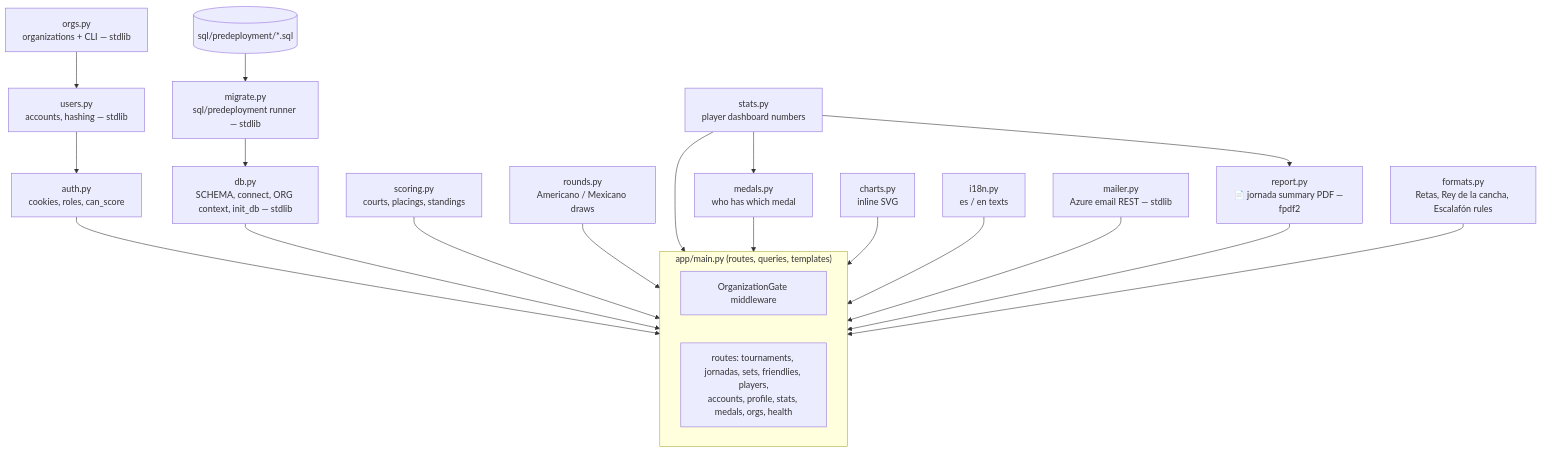
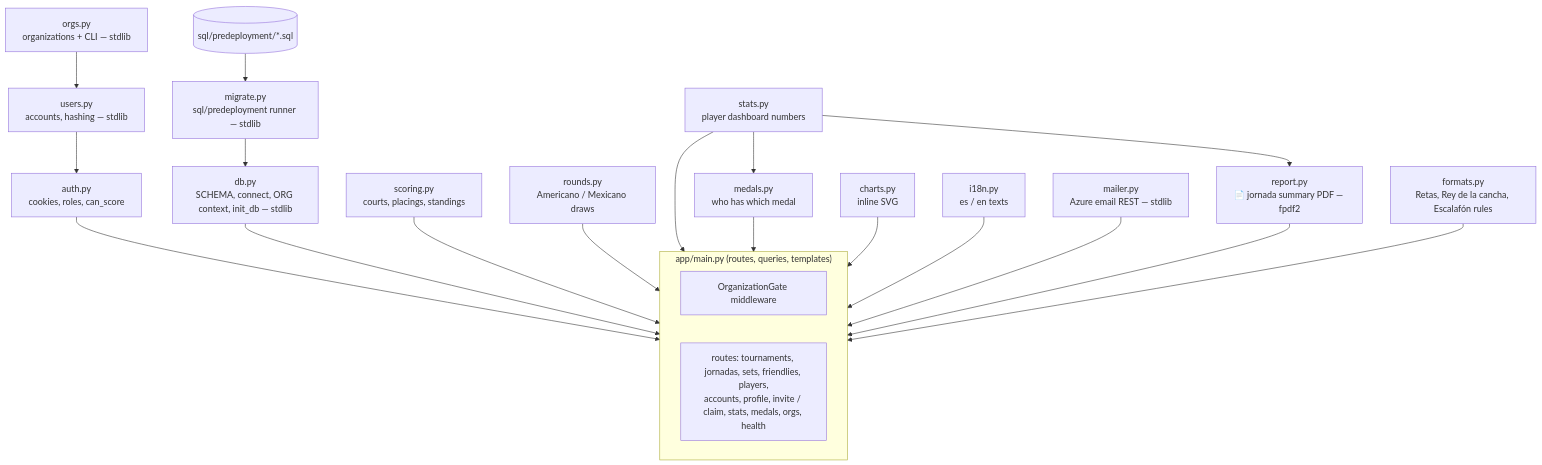
Before and after one commit to Sorrycion/PadelScore: the first of 6 diagrams in docs/processes/ARCHITECTURE.md, drawn with Mermaid. The commit also changed other lines of this file and 26 other files, not shown here.

````diff
--- a/docs/processes/ARCHITECTURE.md
+++ b/docs/processes/ARCHITECTURE.md
@@ -9,24 +9,24 @@
 ```mermaid
 flowchart TD
     subgraph web["app/main.py (routes, queries, templates)"]
         GATE[OrganizationGate middleware]
-        ROUTES[routes: tournaments, jornadas, sets, friendlies, players,<br/>accounts, profile, stats, medals, orgs, health]
+        ROUTES[routes: tournaments, jornadas, sets, friendlies, players,<br/>accounts, profile, invite / claim, stats, medals, orgs, health]
     end
     AUTH[auth.py<br/>cookies, roles, can_score] --> web
     USERS[users.py<br/>accounts, hashing — stdlib] --> AUTH
     ORGS[orgs.py<br/>organizations + CLI — stdlib] --> USERS
     DB[db.py<br/>SCHEMA, connect, ORG context, init_db — stdlib] --> web
     MIG[migrate.py<br/>sql/predeployment runner — stdlib] --> DB
     SCORING[scoring.py<br/>courts, placings, standings] --> web
     ROUNDS[rounds.py<br/>Americano / Mexicano draws] --> web
     STATS[stats.py<br/>player dashboard numbers] --> web
     MEDALS[medals.py<br/>who has which medal] --> web
     STATS --> MEDALS
     CHARTS[charts.py<br/>inline SVG] --> web
     I18N[i18n.py<br/>es / en texts] --> web
     MAIL[mailer.py<br/>Azure email REST — stdlib] --> web
     REPORT[report.py<br/>📄 jornada summary PDF — fpdf2] --> web
     FORMATS[formats.py<br/>Retas, Rey de la cancha, Escalafón rules] --> web
     STATS --> REPORT
     SQL[(sql/predeployment/*.sql)] --> MIG
 ```
````
